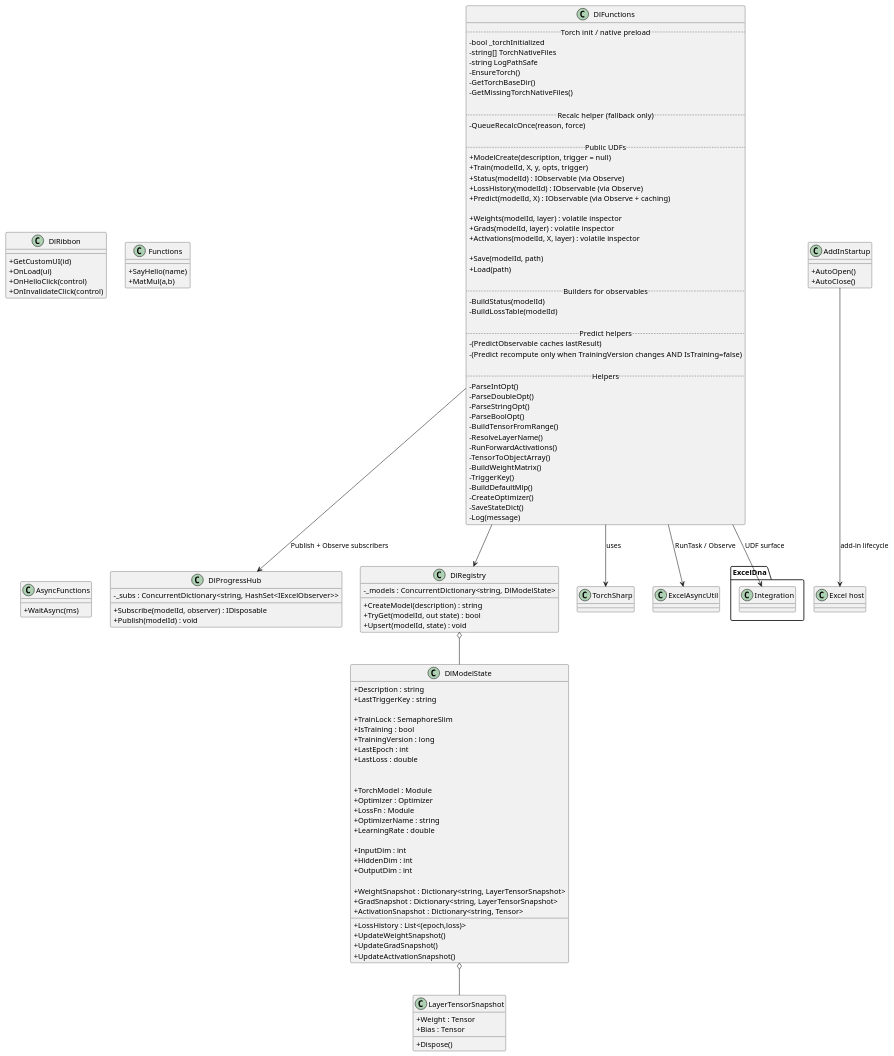
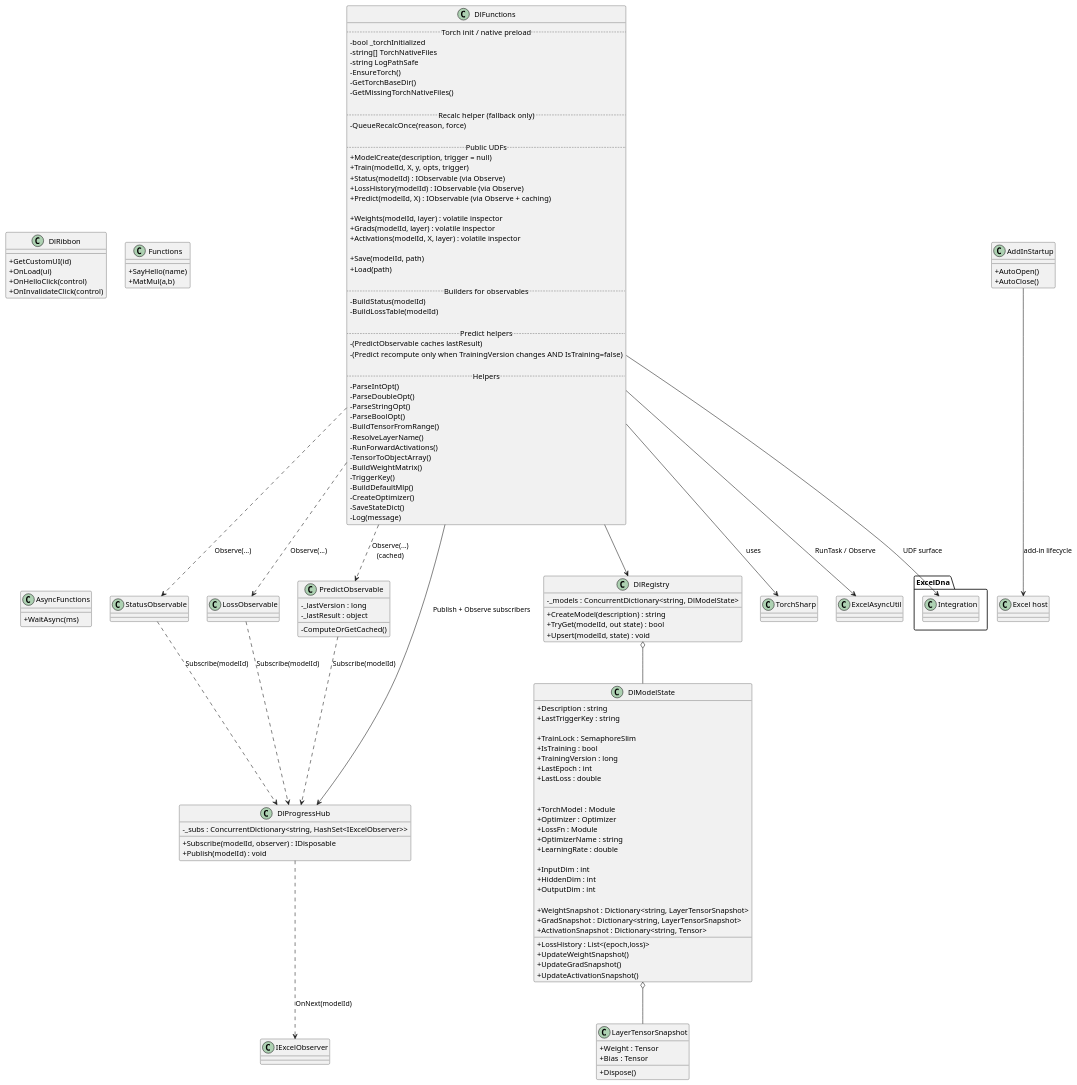
The second of 3 diagrams in UML.md (ngpepin/ExcelML), drawn with PlantUML before and after one commit. The commit also changed other lines of this file and 2 other files, not shown here.

Commit message:
Docs: clarify observable semantics, MODEL_CREATE replay behavior, and Excel-DNA boundaries Tightens AGENTS.md to reflect push-based observers, caller-scoped identity, workbook-open replay, and safe locking patterns. No behavioral changes.

````diff
--- a/UML.md
+++ b/UML.md
@@ -101,6 +103,13 @@
 skinparam classAttributeIconSize 0
 skinparam shadowing false
 
+class StatusObservable
+class LossObservable
+class PredictObservable {
+  - _lastVersion : long
+  - _lastResult : object
+  - ComputeOrGetCached()
+}
 class DlFunctions {
   .. Torch init / native preload ..
   - bool _torchInitialized
@@ -230,5 +239,15 @@
 DlFunctions --> "ExcelAsyncUtil" : RunTask / Observe
 AddInStartup --> "Excel host" : add-in lifecycle
 
+DlFunctions ..> StatusObservable : Observe(...)
+DlFunctions ..> LossObservable : Observe(...)
+DlFunctions ..> PredictObservable : Observe(...)\n(cached)
+
+StatusObservable ..> DlProgressHub : Subscribe(modelId)
+LossObservable ..> DlProgressHub : Subscribe(modelId)
+PredictObservable ..> DlProgressHub : Subscribe(modelId)
+
+DlProgressHub ..> "IExcelObserver" : OnNext(modelId)
+
 @enduml
 ```
````
